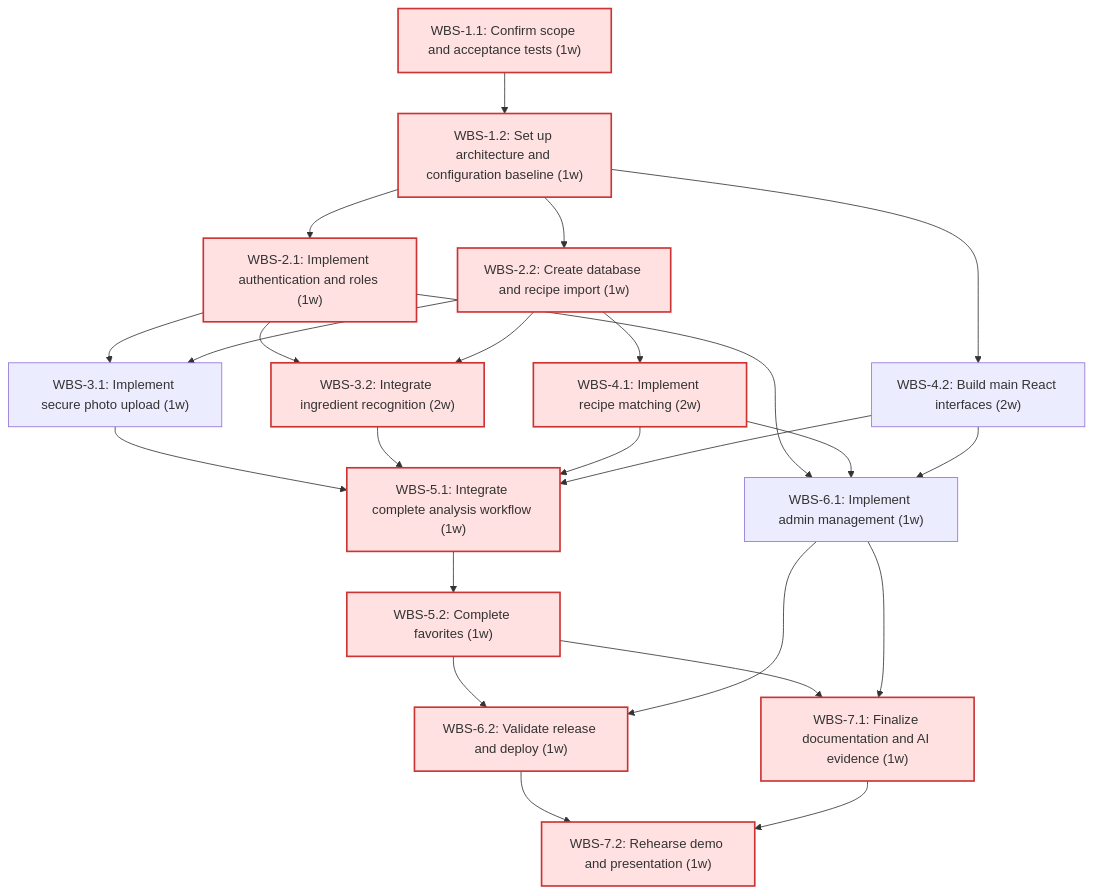
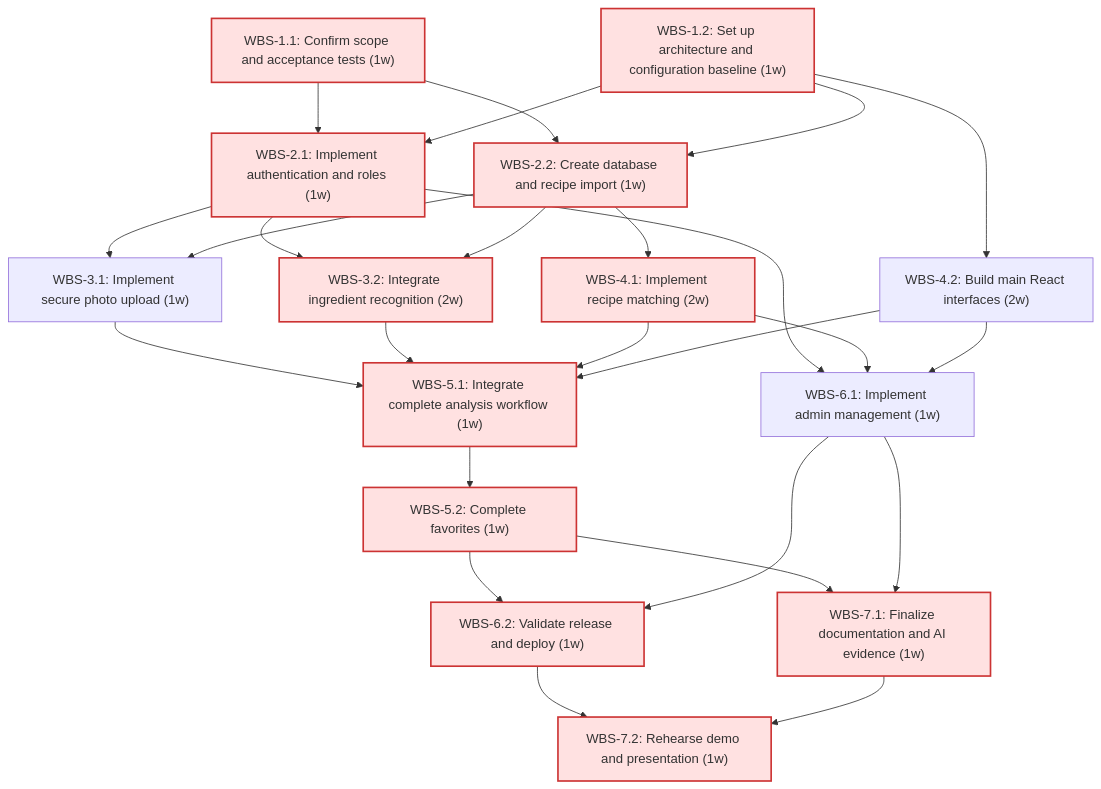
The first of 2 diagrams in docs/Project_Plan.md (iemiral-spec/SnapFridge), drawn with Mermaid before and after one commit. The commit also changed other lines of this file and 3 other files, not shown here.

````diff
--- a/docs/Project_Plan.md
+++ b/docs/Project_Plan.md
@@ -166,42 +166,43 @@
 ```mermaid
 flowchart TD
     W11["WBS-1.1: Confirm scope and acceptance tests (1w)"]
     W12["WBS-1.2: Set up architecture and configuration baseline (1w)"]
     W21["WBS-2.1: Implement authentication and roles (1w)"]
     W22["WBS-2.2: Create database and recipe import (1w)"]
     W31["WBS-3.1: Implement secure photo upload (1w)"]
     W32["WBS-3.2: Integrate ingredient recognition (2w)"]
     W41["WBS-4.1: Implement recipe matching (2w)"]
     W42["WBS-4.2: Build main React interfaces (2w)"]
     W51["WBS-5.1: Integrate complete analysis workflow (1w)"]
     W52["WBS-5.2: Complete favorites (1w)"]
     W61["WBS-6.1: Implement admin management (1w)"]
     W62["WBS-6.2: Validate release and deploy (1w)"]
     W71["WBS-7.1: Finalize documentation and AI evidence (1w)"]
     W72["WBS-7.2: Rehearse demo and presentation (1w)"]
-    W11 --> W12
+    W11 --> W21
+    W11 --> W22
     W12 --> W21
     W12 --> W22
     W21 --> W31
     W22 --> W31
     W21 --> W32
     W22 --> W32
     W22 --> W41
     W12 --> W42
     W31 --> W51
     W32 --> W51
     W41 --> W51
     W42 --> W51
     W51 --> W52
     W21 --> W61
     W41 --> W61
     W42 --> W61
     W52 --> W62
     W61 --> W62
     W52 --> W71
     W61 --> W71
     W62 --> W72
     W71 --> W72
     classDef critical fill:#ffe1e1,stroke:#c33,stroke-width:2px;
     class W11,W12,W21,W22,W32,W41,W51,W52,W62,W71,W72 critical;
 ```
````
